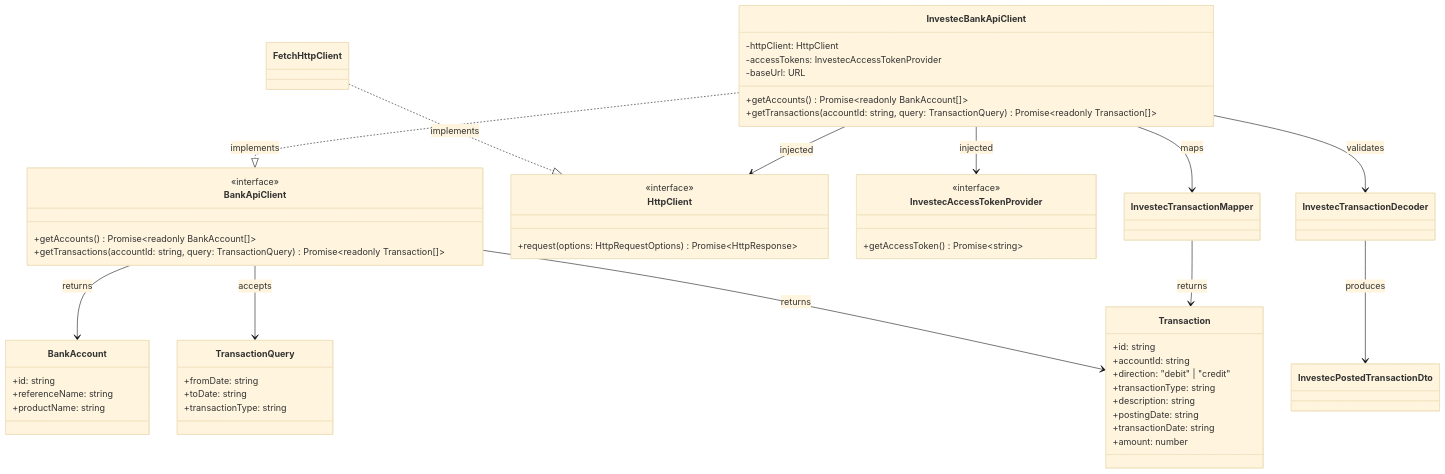
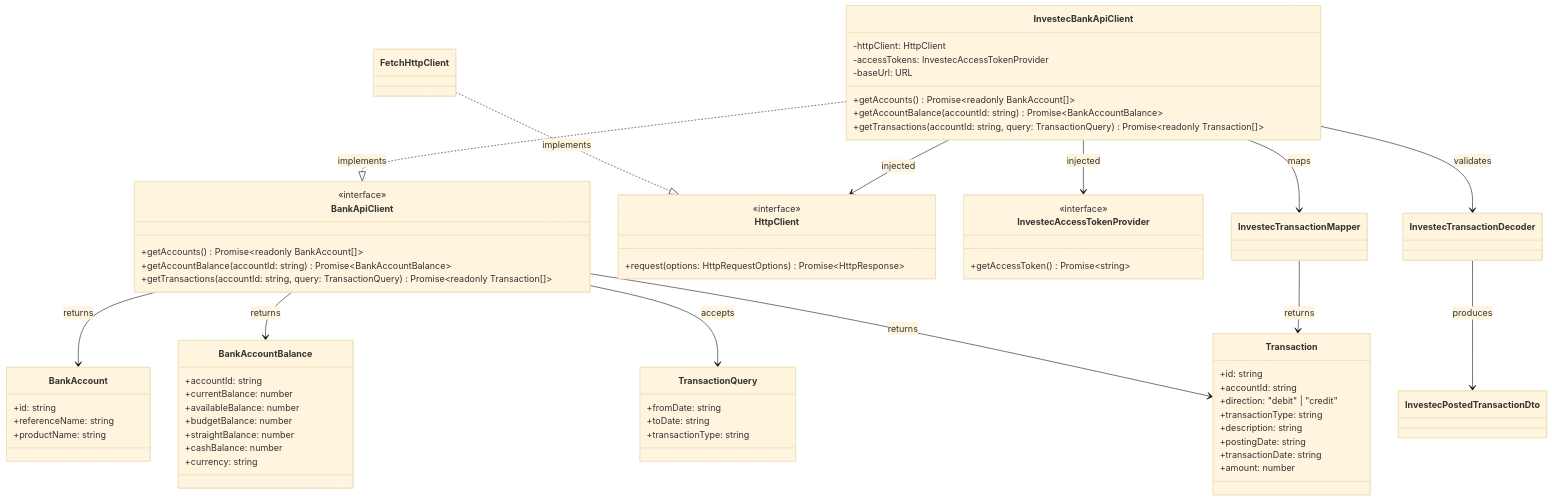
One commit to tjabane/tjabane.agent.tjhelete changed the first of 2 diagrams in docs/spec/05_services-design.md. Above: the diagram before and after it, drawn with Mermaid (base theme). The commit also changed other lines of this file and 10 other files, not shown here.

````diff
--- a/docs/spec/05_services-design.md
+++ b/docs/spec/05_services-design.md
@@ -458,67 +476,80 @@
 ```mermaid
 classDiagram
     class BankApiClient {
         <<interface>>
         +getAccounts() Promise~readonly BankAccount[]~
+        +getAccountBalance(accountId: string) Promise~BankAccountBalance~
         +getTransactions(accountId: string, query: TransactionQuery) Promise~readonly Transaction[]~
     }
 
     class BankAccount {
         +id: string
         +referenceName: string
         +productName: string
+    }
+
+    class BankAccountBalance {
+        +accountId: string
+        +currentBalance: number
+        +availableBalance: number
+        +budgetBalance: number
+        +straightBalance: number
+        +cashBalance: number
+        +currency: string
     }
 
     class TransactionQuery {
         +fromDate: string
         +toDate: string
         +transactionType: string
     }
 
     class Transaction {
         +id: string
         +accountId: string
         +direction: "debit" | "credit"
         +transactionType: string
         +description: string
         +postingDate: string
         +transactionDate: string
         +amount: number
     }
 
     class InvestecBankApiClient {
         -httpClient: HttpClient
         -accessTokens: InvestecAccessTokenProvider
         -baseUrl: URL
         +getAccounts() Promise~readonly BankAccount[]~
+        +getAccountBalance(accountId: string) Promise~BankAccountBalance~
         +getTransactions(accountId: string, query: TransactionQuery) Promise~readonly Transaction[]~
     }
 
     class HttpClient {
         <<interface>>
         +request(options: HttpRequestOptions) Promise~HttpResponse~
     }
 
     class FetchHttpClient
 
     class InvestecAccessTokenProvider {
         <<interface>>
         +getAccessToken() Promise~string~
     }
 
     class InvestecPostedTransactionDto
     class InvestecTransactionDecoder
     class InvestecTransactionMapper
 
     InvestecBankApiClient ..|> BankApiClient : implements
     BankApiClient --> BankAccount : returns
+    BankApiClient --> BankAccountBalance : returns
     FetchHttpClient ..|> HttpClient : implements
     BankApiClient --> TransactionQuery : accepts
     BankApiClient --> Transaction : returns
     InvestecBankApiClient --> HttpClient : injected
     InvestecBankApiClient --> InvestecAccessTokenProvider : injected
     InvestecBankApiClient --> InvestecTransactionDecoder : validates
     InvestecTransactionDecoder --> InvestecPostedTransactionDto : produces
     InvestecBankApiClient --> InvestecTransactionMapper : maps
     InvestecTransactionMapper --> Transaction : returns
 ```
````
